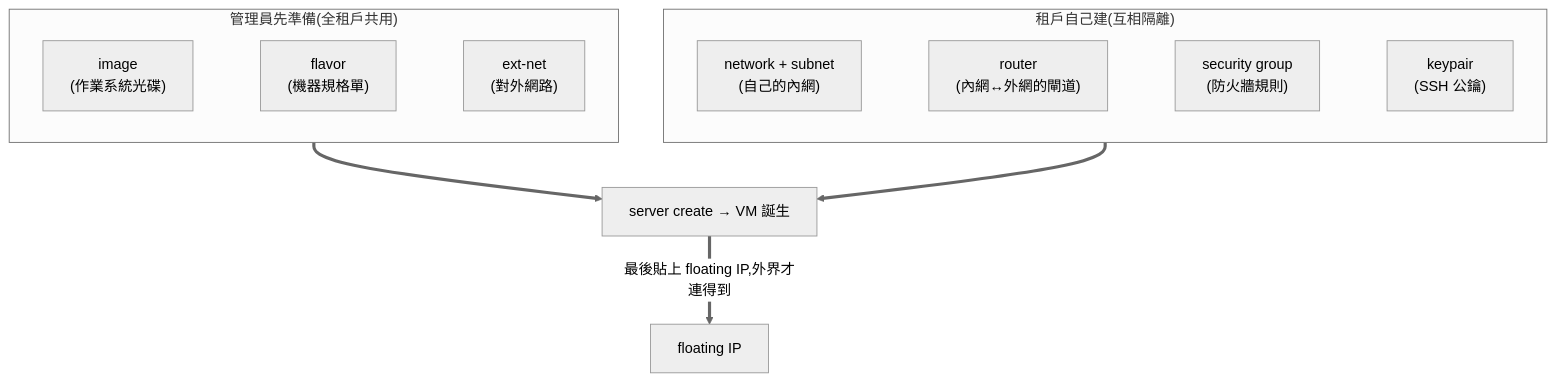
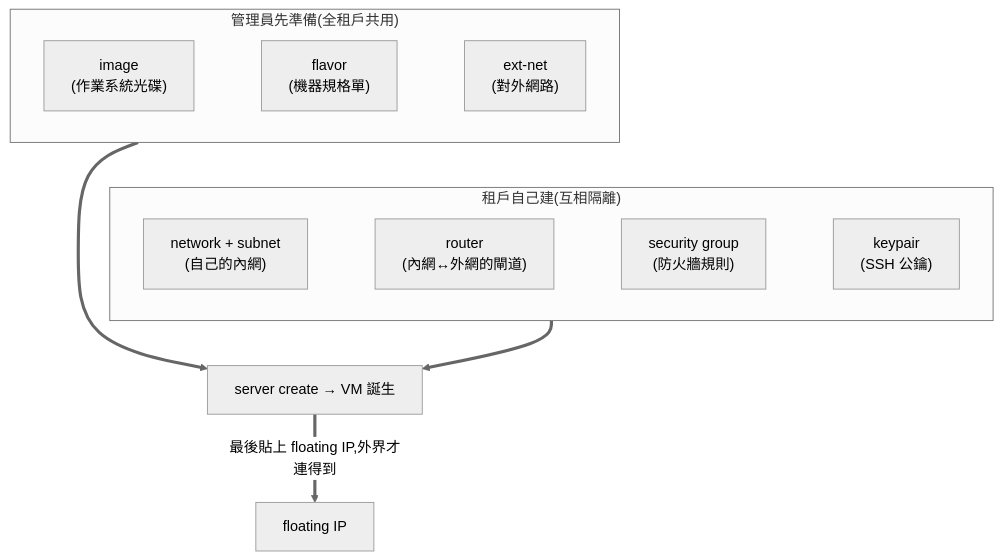
Before and after one commit to DeepWaveLab/OpenStackPracticing: the first of 2 diagrams in docs/runbook/sprint3-day2-openstack-resource-flow.md, drawn with Mermaid (neutral theme). The commit also changed other lines of this file and 15 other files, not shown here.

Commit message:
docs: add dashboard screenshots and fix wide diagram layouts

````diff
--- a/docs/runbook/sprint3-day2-openstack-resource-flow.md
+++ b/docs/runbook/sprint3-day2-openstack-resource-flow.md
@@ -28,14 +28,15 @@
 ```mermaid
 flowchart TB
     subgraph admin["管理員先準備(全租戶共用)"]
         direction LR
         IMG["image<br/>(作業系統光碟)"] ~~~ FLV["flavor<br/>(機器規格單)"] ~~~ EXT["ext-net<br/>(對外網路)"]
     end
     subgraph tenant["租戶自己建(互相隔離)"]
         direction LR
         NET["network + subnet<br/>(自己的內網)"] ~~~ RTR["router<br/>(內網↔外網的閘道)"] ~~~ SG["security group<br/>(防火牆規則)"] ~~~ KEY["keypair<br/>(SSH 公鑰)"]
     end
+    admin ~~~ tenant
     admin ==> VM["server create → VM 誕生"]
     tenant ==> VM
     VM ==>|"最後貼上 floating IP,外界才連得到"| FIP["floating IP"]
 ```
````
